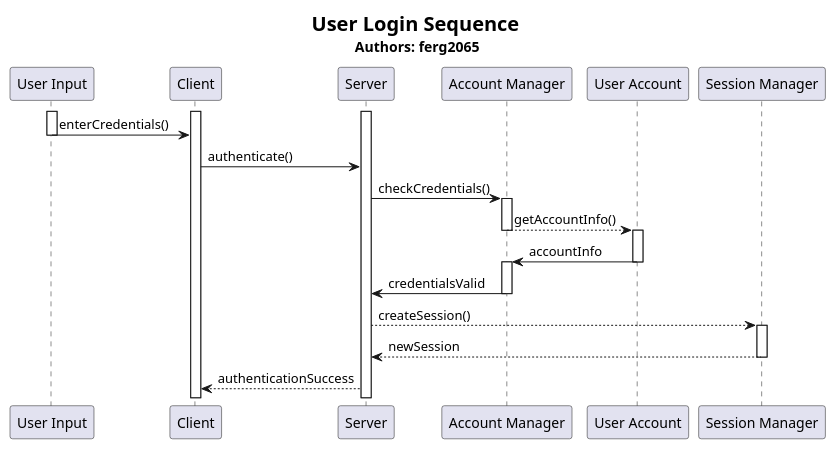
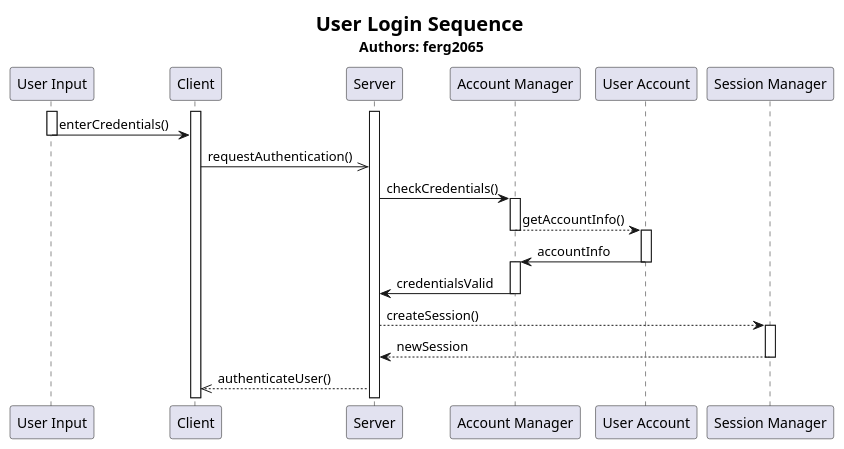
The diagram in Sequence Diagrams/User Accounts/login.pu (voxelv/sQuire_kw), drawn with PlantUML before and after one commit. The commit also changed 1 other file, not shown here.

Commit message:
added async, added logging sequence

```diff
--- a/Sequence Diagrams/User Accounts/login.pu
+++ b/Sequence Diagrams/User Accounts/login.pu
@@ -1,42 +1,42 @@
 @startuml
 participant "User Input" as ui
 participant "Client" as cl
 participant "Server" as sv
 participant "Account Manager" as am
 participant "User Account" as ua
 participant "Session Manager" as sm
 
 title <size:20>User Login Sequence</size> \nAuthors: ferg2065
 
 activate ui
 activate cl
 activate sv
 
 ui -> cl : enterCredentials()
 deactivate ui
 
-cl -> sv : authenticate()
+cl ->> sv : requestAuthentication()
 
 sv -> am : checkCredentials()
 activate am
 
 am --> ua : getAccountInfo()
 deactivate am
 activate ua
 
 ua -> am : accountInfo
 deactivate ua
 activate am
 
 am -> sv : credentialsValid
 deactivate am
 
 sv --> sm : createSession()
 activate sm
 
 sm --> sv : newSession
 deactivate sm
 
-sv --> cl : authenticationSuccess
+sv -->> cl : authenticateUser()
 
 @enduml
```
